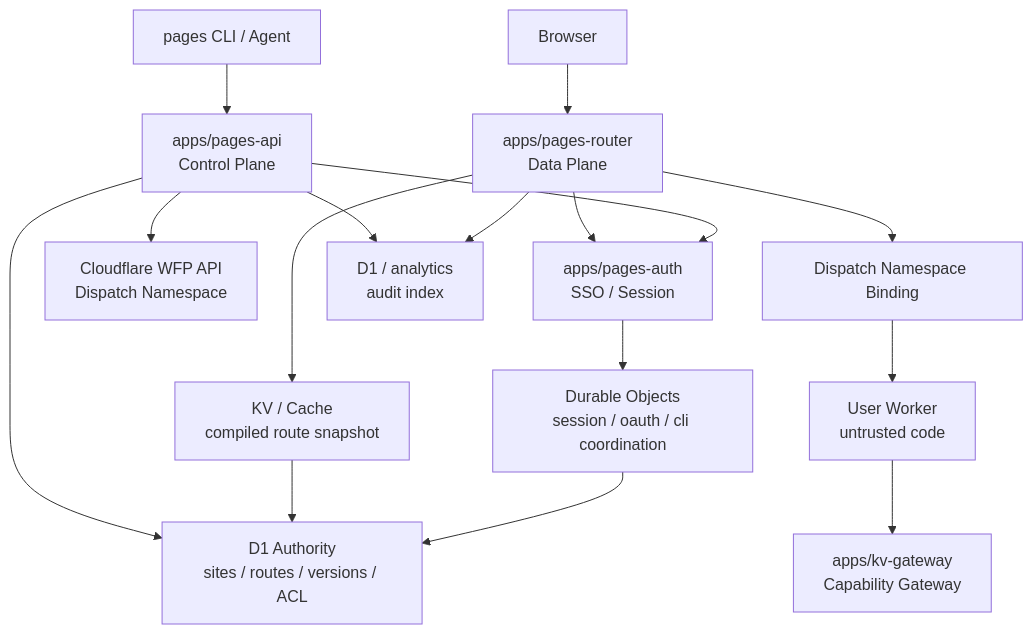
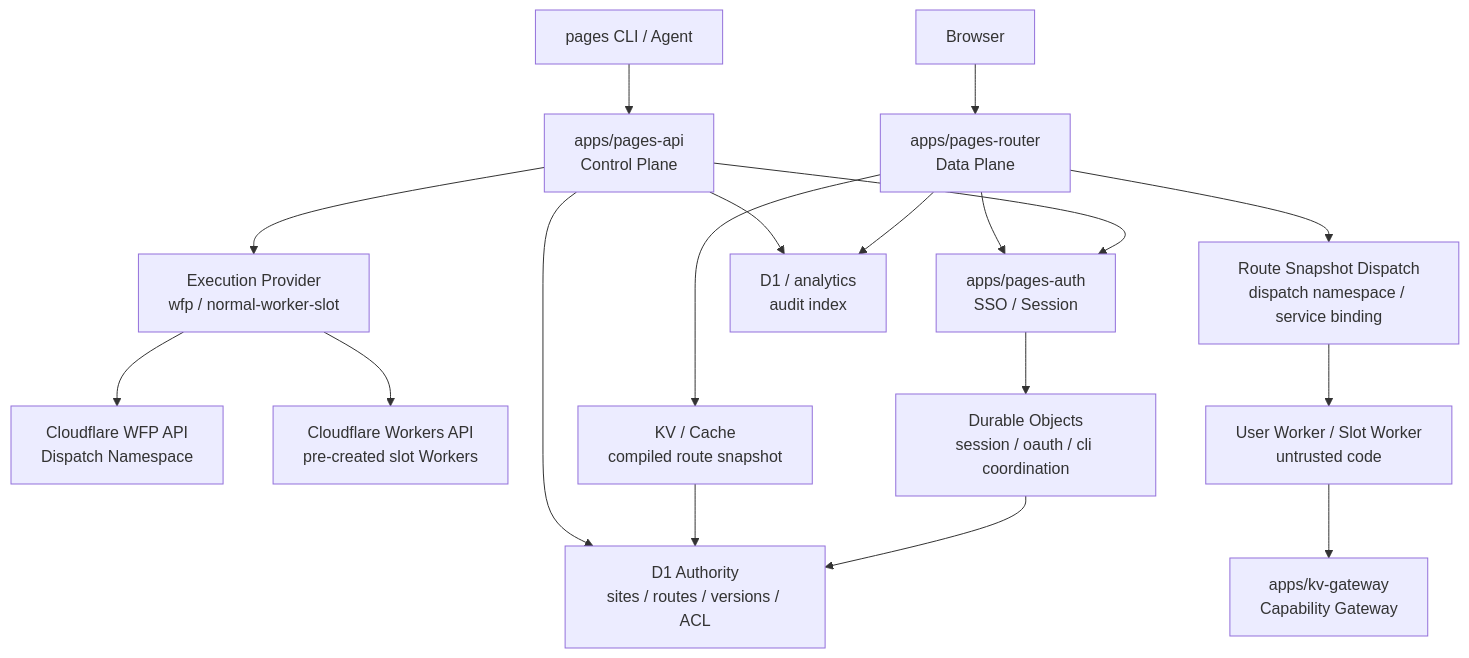
Before and after one commit to qaj701224-blip/pages-manager: the diagram in docs/pages-v2-wfp-architecture.md, drawn with Mermaid. The commit also changed other lines of this file and 95 other files, not shown here.

Commit message:
feat(pages-v2): 实现 WFP 架构与 slot 兼容执行面

````diff
--- a/docs/pages-v2-wfp-architecture.md
+++ b/docs/pages-v2-wfp-architecture.md
@@ -127,18 +131,20 @@
 ```mermaid
 flowchart TD
   CLI["pages CLI / Agent"] --> API["apps/pages-api<br/>Control Plane"]
   Browser["Browser"] --> Router["apps/pages-router<br/>Data Plane"]
   Router --> Auth["apps/pages-auth<br/>SSO / Session"]
   API --> Auth
-  API --> WFP["Cloudflare WFP API<br/>Dispatch Namespace"]
-  Router --> Dispatch["Dispatch Namespace Binding"]
-  Dispatch --> UserWorker["User Worker<br/>untrusted code"]
+  API --> Exec["Execution Provider<br/>wfp / normal-worker-slot"]
+  Exec --> WFP["Cloudflare WFP API<br/>Dispatch Namespace"]
+  Exec --> Slots["Cloudflare Workers API<br/>pre-created slot Workers"]
+  Router --> Dispatch["Route Snapshot Dispatch<br/>dispatch namespace / service binding"]
+  Dispatch --> UserWorker["User Worker / Slot Worker<br/>untrusted code"]
   UserWorker --> KV["apps/kv-gateway<br/>Capability Gateway"]
   API --> Authority["D1 Authority<br/>sites / routes / versions / ACL"]
   Router --> Snapshot["KV / Cache<br/>compiled route snapshot"]
   Snapshot --> Authority
   Auth --> DO["Durable Objects<br/>session / oauth / cli coordination"]
   DO --> Authority
   API --> Audit["D1 / analytics<br/>audit index"]
   Router --> Audit
 ```
````
